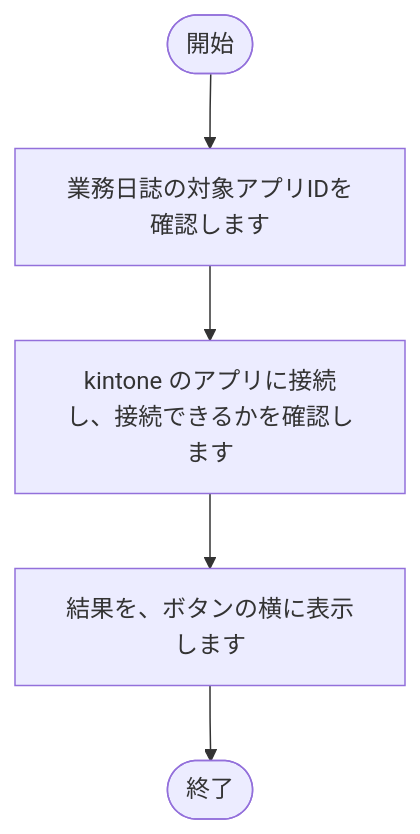
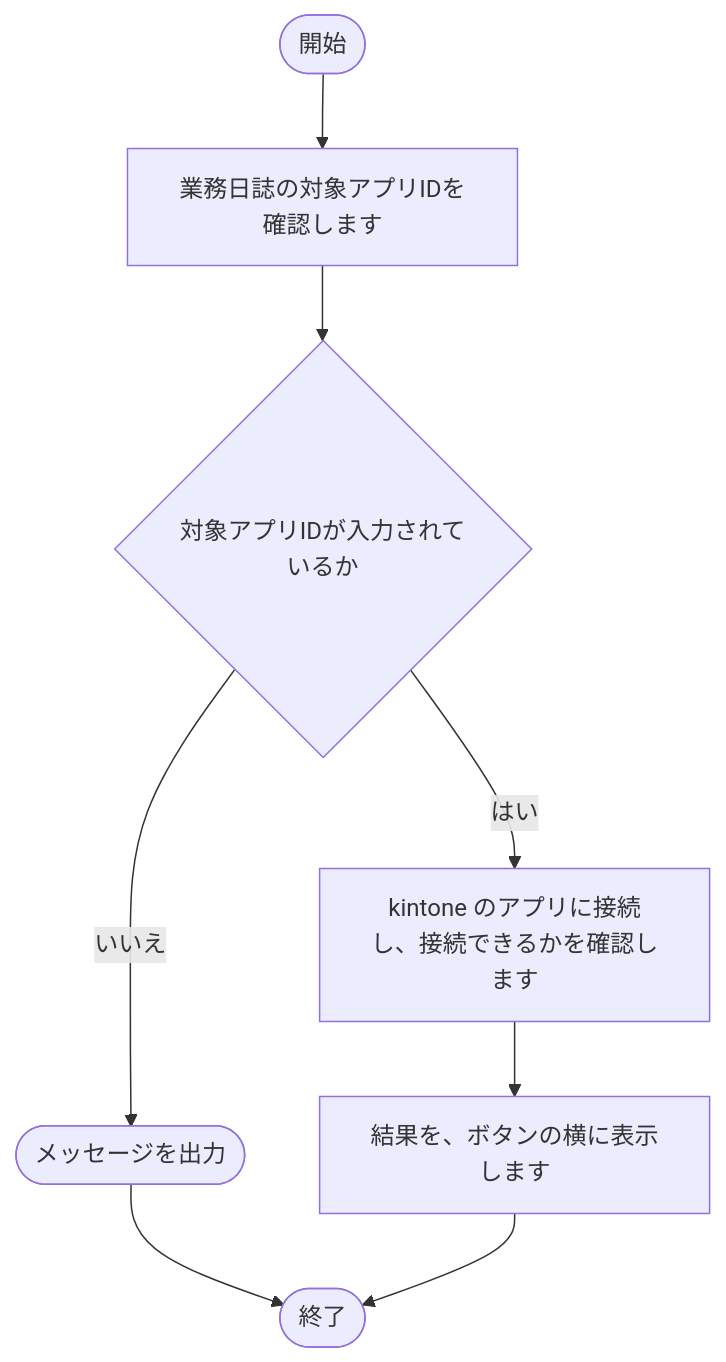
Diagram 17 of 24 in tool/kintone-aggregator/doc/02_設計/処理フロー.md (nishida2073/project_management), drawn with Mermaid before and after one commit. The commit also changed other lines of this file and 16 other files, not shown here.

````diff
--- a/tool/kintone-aggregator/doc/02_設計/処理フロー.md
+++ b/tool/kintone-aggregator/doc/02_設計/処理フロー.md
@@ -400,12 +402,17 @@
 ```mermaid
 flowchart TD
     S(["開始"])
     E(["終了"])
     N1["業務日誌の対象アプリIDを確認します"]
     S --> N1
-    N2["kintone のアプリに接続し、接続できるかを確認します"]
+    N2{"対象アプリIDが入力されているか"}
+    X2(["メッセージを出力"])
+    X2 --> E
+    N2 -- いいえ --> X2
     N1 --> N2
-    N3["結果を、ボタンの横に表示します"]
-    N2 --> N3
-    N3 --> E
+    N3["kintone のアプリに接続し、接続できるかを確認します"]
+    N2 -- はい --> N3
+    N4["結果を、ボタンの横に表示します"]
+    N3 --> N4
+    N4 --> E
 ```
````
